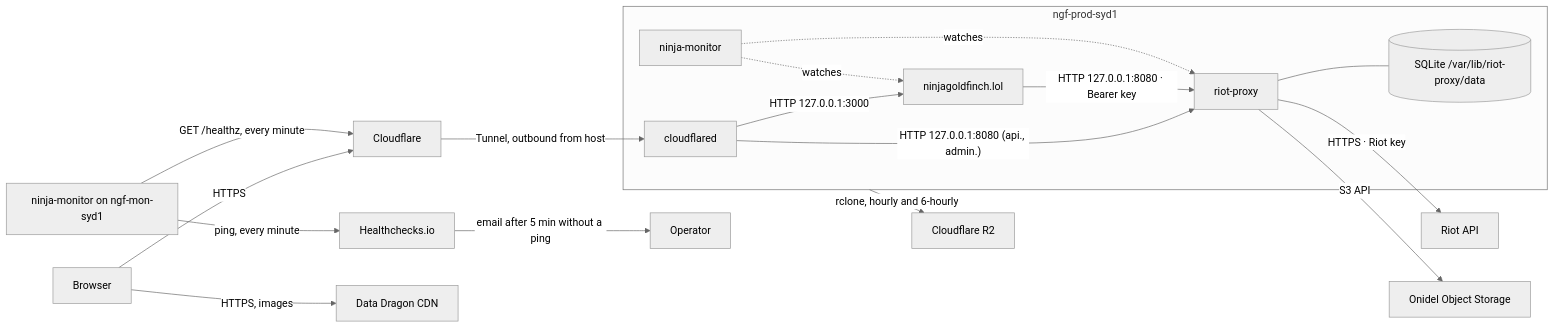
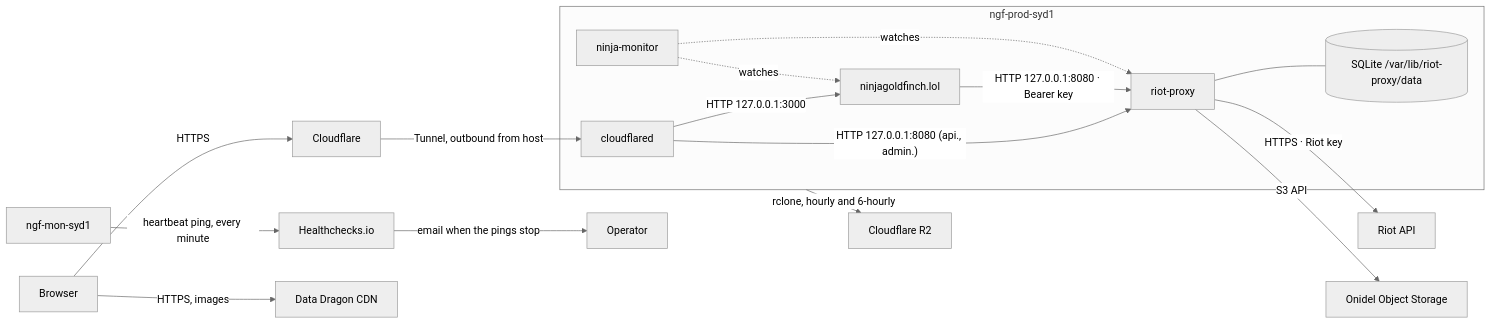
The diagram in docs/deployment/overview.md (NinjaGoldfinch/ninjagoldfinch-lol), drawn with Mermaid (neutral theme) before and after one commit. The commit also changed other lines of this file and 10 other files, not shown here.

````diff
--- a/docs/deployment/overview.md
+++ b/docs/deployment/overview.md
@@ -22,20 +22,19 @@
 ```mermaid
 flowchart LR
     Browser -->|"HTTPS"| Cloudflare
     Cloudflare -->|"Tunnel, outbound from host"| cloudflared
     subgraph host["ngf-prod-syd1"]
         cloudflared -->|"HTTP 127.0.0.1:3000"| Site["ninjagoldfinch.lol"]
         cloudflared -->|"HTTP 127.0.0.1:8080 (api., admin.)"| Proxy["riot-proxy"]
         Site -->|"HTTP 127.0.0.1:8080 · Bearer key"| Proxy
         Proxy --- DB[("SQLite /var/lib/riot-proxy/data")]
         Monitor["ninja-monitor"] -.->|"watches"| Site
         Monitor -.->|"watches"| Proxy
     end
-    MonHost["ninja-monitor on ngf-mon-syd1"] -->|"GET /healthz, every minute"| Cloudflare
-    MonHost -->|"ping, every minute"| HC["Healthchecks.io"]
-    HC -->|"email after 5 min without a ping"| Owner["Operator"]
+    MonHost["ngf-mon-syd1"] -->|"heartbeat ping, every minute"| HC["Healthchecks.io"]
+    HC -->|"email when the pings stop"| Owner["Operator"]
     Proxy -->|"HTTPS · Riot key"| Riot["Riot API"]
     Proxy -->|"S3 API"| Onidel["Onidel Object Storage"]
     host -->|"rclone, hourly and 6-hourly"| R2["Cloudflare R2"]
     Browser -->|"HTTPS, images"| DDragon["Data Dragon CDN"]
 ```
````
